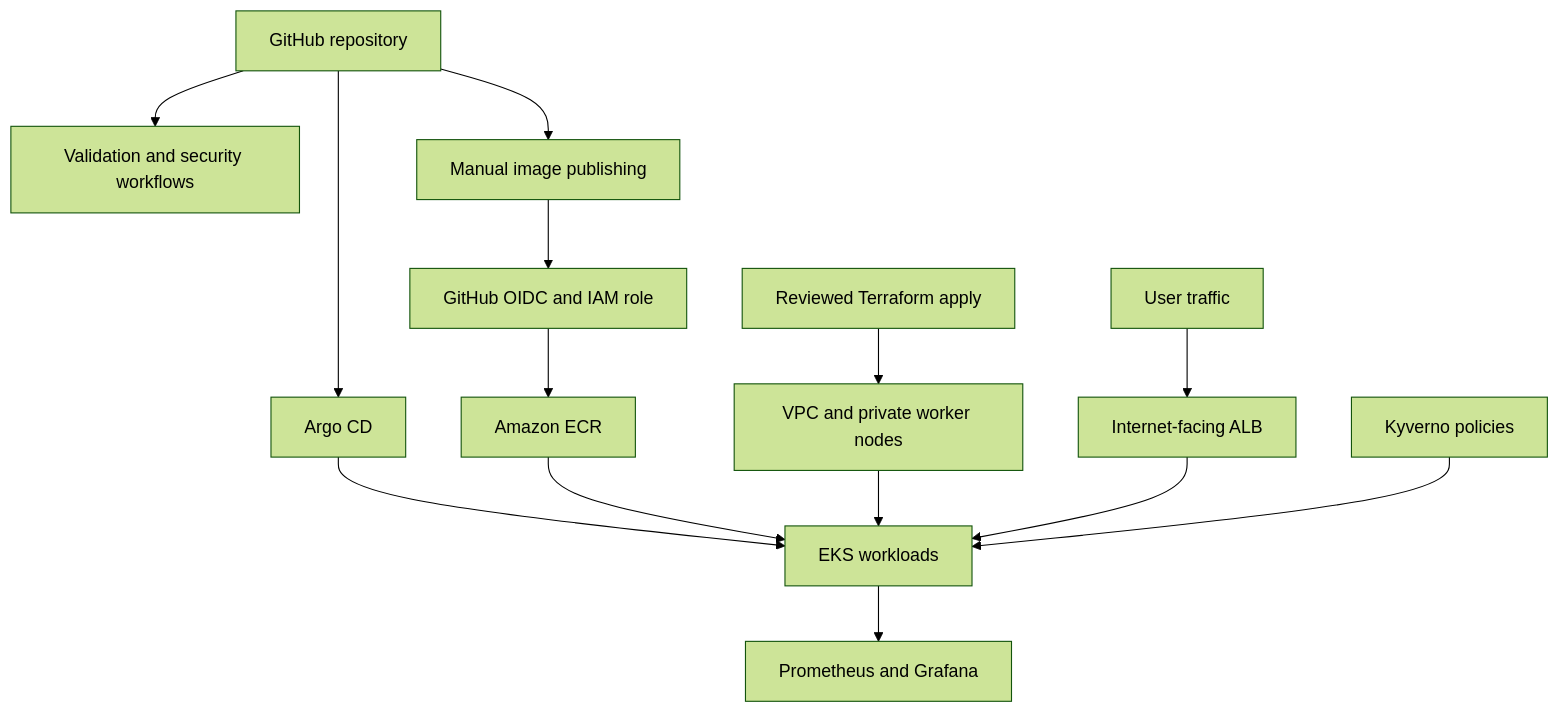
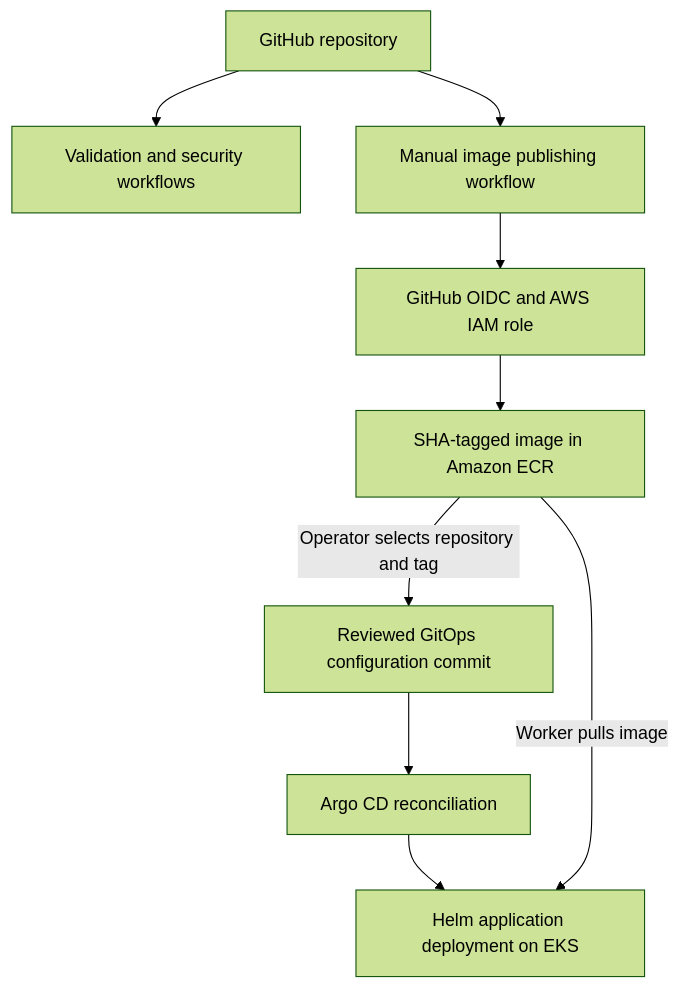
The third of 4 diagrams in docs/architecture.md (niks6996/Production-EKS-Platform), drawn with Mermaid (forest theme) before and after one commit. The commit also changed other lines of this file, not shown here.

First line of the commit message:
Revise architecture documentation for clarity and updates

````diff
--- a/docs/architecture.md
+++ b/docs/architecture.md
@@ -24,16 +67,11 @@
 ```mermaid
 flowchart TD
     G[GitHub repository] --> V[Validation and security workflows]
-    G --> P[Manual image publishing]
-    P --> O[GitHub OIDC and IAM role]
-    O --> E[Amazon ECR]
-    G --> A[Argo CD]
-    A --> K[EKS workloads]
-    E --> K
-    T[Reviewed Terraform apply] --> N[VPC and private worker nodes]
-    N --> K
-    U[User traffic] --> L[Internet-facing ALB]
-    L --> K
-    K --> M[Prometheus and Grafana]
-    Y[Kyverno policies] --> K
+    G --> P[Manual image publishing workflow]
+    P --> O[GitHub OIDC and AWS IAM role]
+    O --> E[SHA-tagged image in Amazon ECR]
+    E -->|Operator selects repository and tag| C[Reviewed GitOps configuration commit]
+    C --> A[Argo CD reconciliation]
+    A --> D[Helm application deployment on EKS]
+    E -->|Worker pulls image| D
 ```
````
